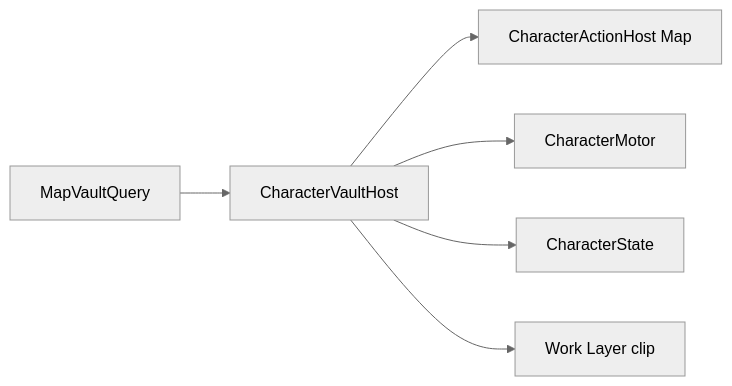
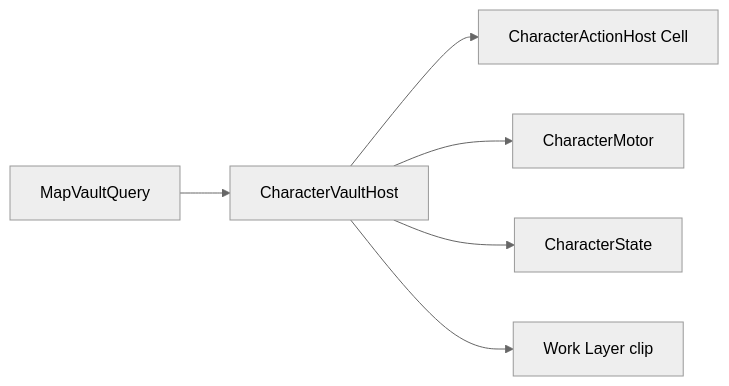
One commit to garunnir/Project_Pictureless changed the second of 2 diagrams in docs/locomotion/VAULT.md. Above: the diagram before and after it, drawn with Mermaid (neutral theme). The commit also changed other lines of this file and 12 other files, not shown here.

````diff
--- a/docs/locomotion/VAULT.md
+++ b/docs/locomotion/VAULT.md
@@ -111,14 +111,14 @@
 ```mermaid
 flowchart LR
     probe[MapVaultQuery]
     host[CharacterVaultHost]
-    action[CharacterActionHost Map]
+    action[CharacterActionHost Cell]
     motor[CharacterMotor]
     state[CharacterState]
     anim[Work Layer clip]
     probe --> host
     host --> action
     host --> motor
     host --> state
     host --> anim
 ```
````
